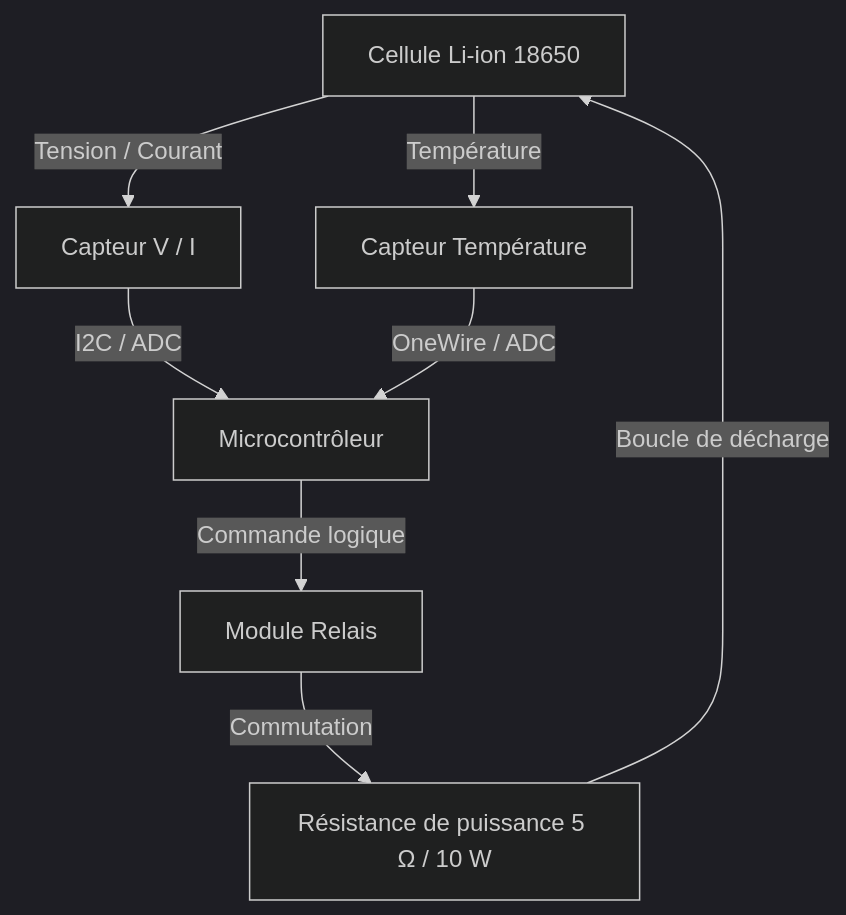
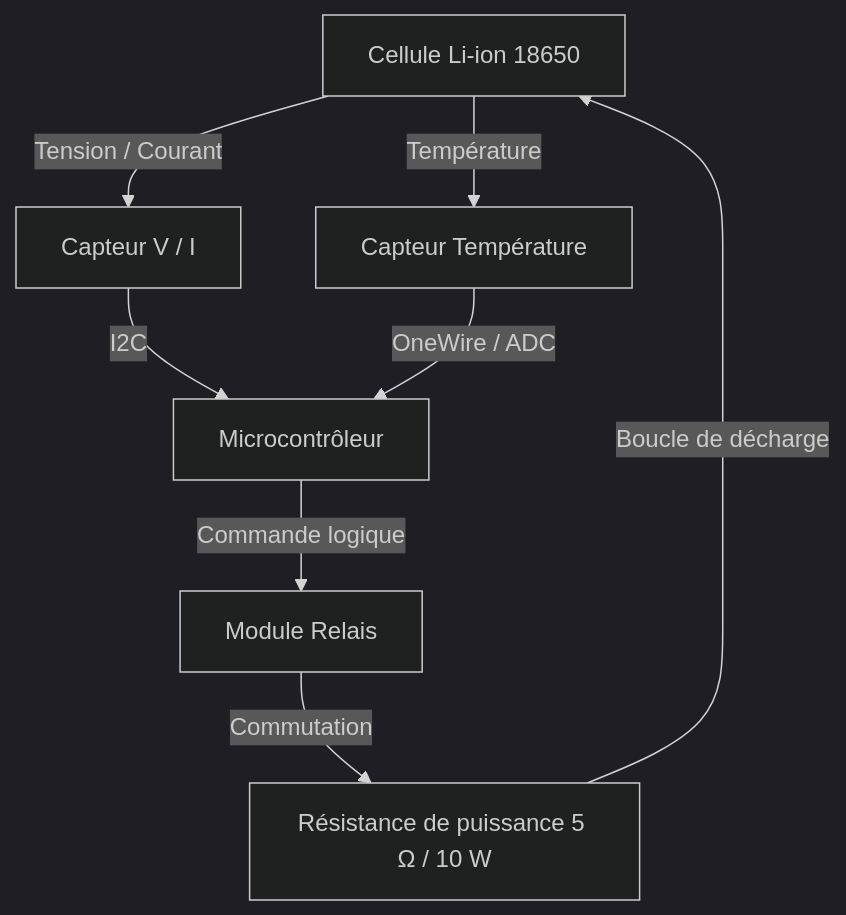
The diagram in README.md (wtoubali/Battery-Test-Bench-Complete-Documentation), drawn with Mermaid (dark theme) before and after one commit.

````diff
--- a/README.md
+++ b/README.md
@@ -57,11 +57,11 @@
 ```mermaid
 graph TD
     Cellule[Cellule Li-ion 18650] -->|Tension / Courant| Capteurs[Capteur V / I]
     Cellule -->|Température| DS18B20[Capteur Température]
-    Capteurs -->|I2C / ADC| MCU[Microcontrôleur]
+    Capteurs -->|I2C | MCU[Microcontrôleur]
     DS18B20 -->|OneWire / ADC| MCU
     MCU -->|Commande logique| Relais[Module Relais]
     Relais -->|Commutation| Charge[Résistance de puissance 5 Ω / 10 W]
     Charge -->|Boucle de décharge| Cellule
 
 ```
````
